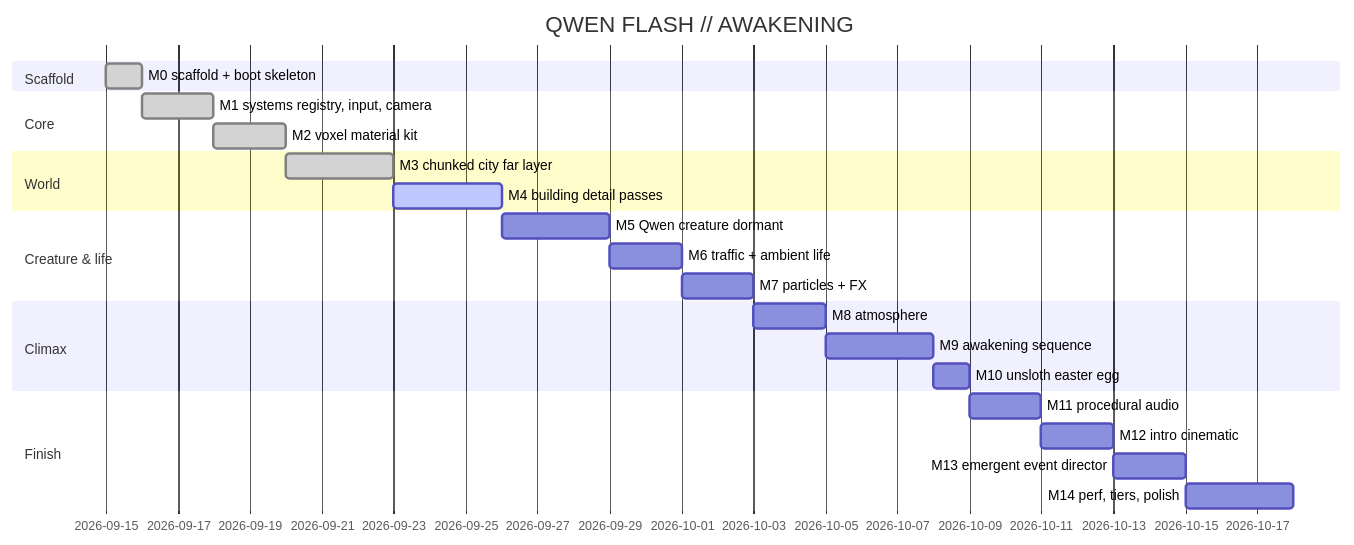
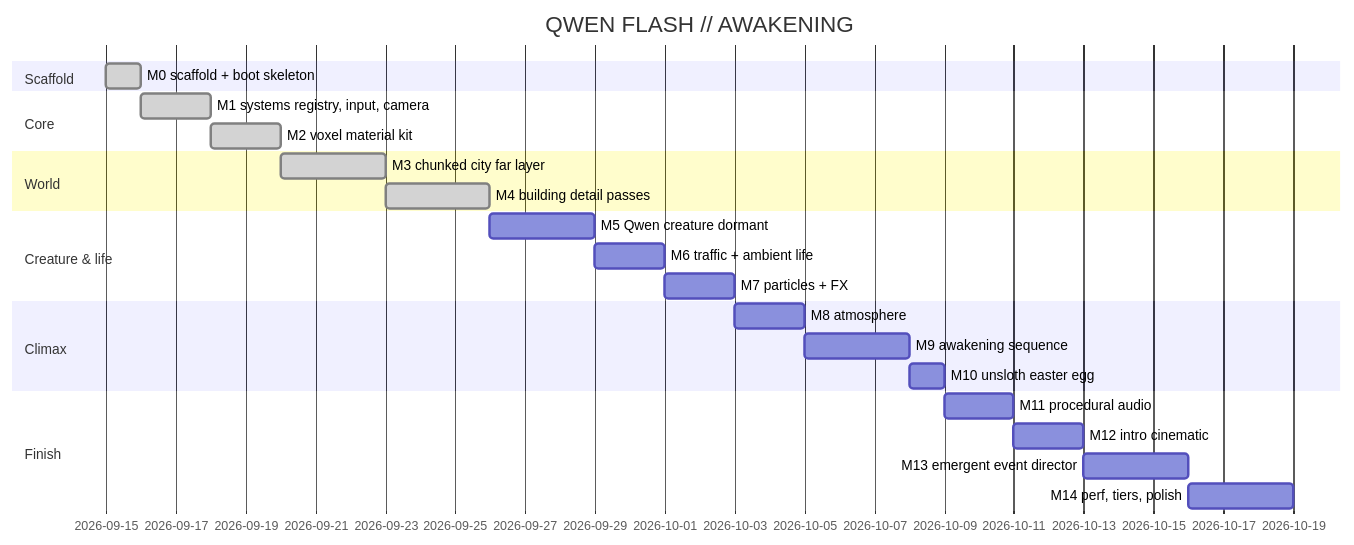
Before and after one commit to dilled/3dVoxelDemo: the diagram in brain/roadmap.md, drawn with Mermaid. The commit also changed other lines of this file and 9 other files, not shown here.

First line of the commit message:
M4: building detail passes (near layer)

````diff
--- a/brain/roadmap.md
+++ b/brain/roadmap.md
@@ -12,26 +12,26 @@
 ```mermaid
 gantt
   title QWEN FLASH // AWAKENING
   dateFormat YYYY-MM-DD
   section Scaffold
   M0 scaffold + boot skeleton :done, m0, 2026-09-15, 1d
   section Core
   M1 systems registry, input, camera :done, m1, after m0, 2d
   M2 voxel material kit :done, m2, after m1, 2d
   section World
   M3 chunked city far layer :done, m3, after m2, 3d
-  M4 building detail passes :active, m4, after m3, 3d
+  M4 building detail passes :done, m4, after m3, 3d
   section Creature & life
   M5 Qwen creature dormant :m5, after m4, 3d
   M6 traffic + ambient life :m6, after m5, 2d
   M7 particles + FX :m7, after m6, 2d
   section Climax
   M8 atmosphere :m8, after m7, 2d
   M9 awakening sequence :m9, after m8, 3d
   M10 unsloth easter egg :m10, after m9, 1d
   section Finish
   M11 procedural audio :m11, after m10, 2d
   M12 intro cinematic :m12, after m11, 2d
-  M13 emergent event director :m13, after m12, 2d
+  M13 emergent event director :m13, after m12, 3d
   M14 perf, tiers, polish :m14, after m13, 3d
 ```
````
